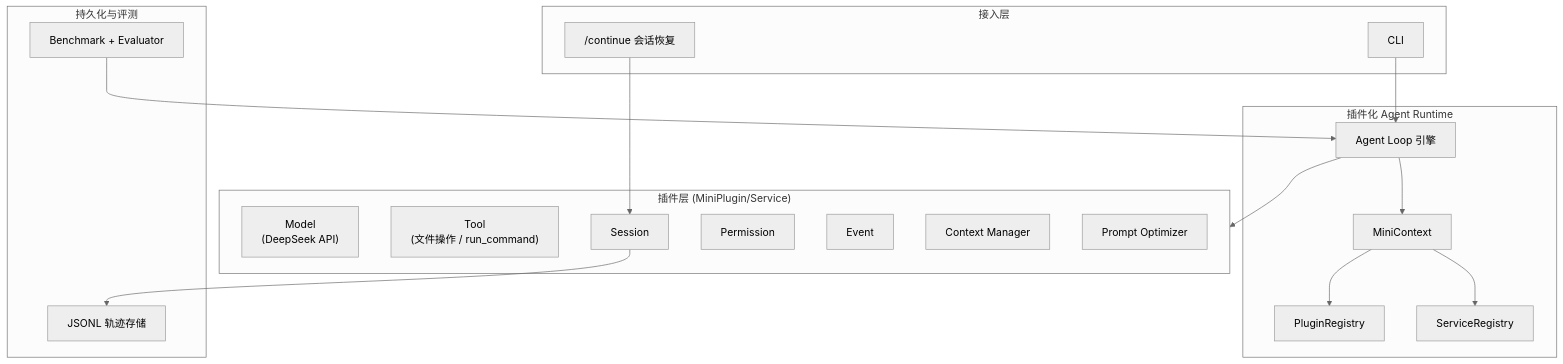
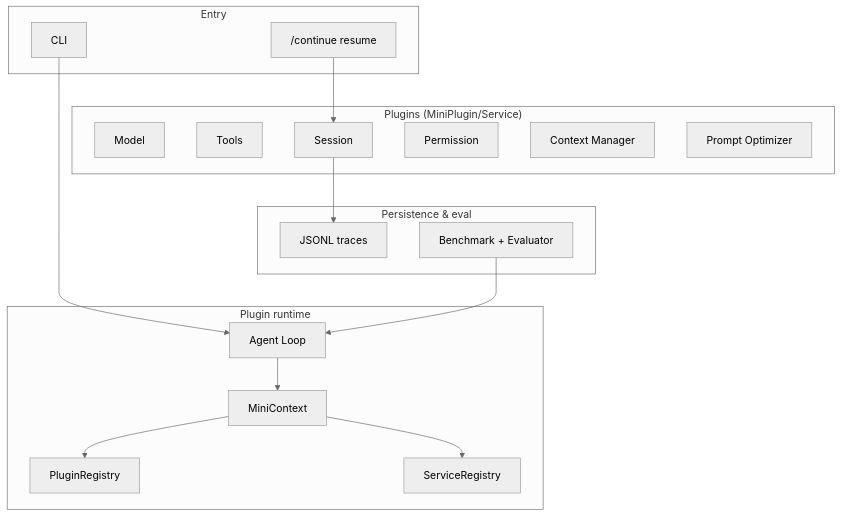
The diagram in README.md (Moneyxia0525/mini-dsh), drawn with Mermaid (neutral theme) before and after one commit. The commit also changed other lines of this file and 1 other file, not shown here.

````diff
--- a/README.md
+++ b/README.md
@@ -58,38 +35,32 @@
 ```mermaid
 flowchart TB
-    subgraph UI["接入层"]
+    subgraph UI["Entry"]
         CLI["CLI"]
-        CONTINUE["/continue 会话恢复"]
+        CONTINUE["/continue resume"]
     end
-
-    subgraph RUNTIME["插件化 Agent Runtime"]
-        LOOP["Agent Loop 引擎"]
+    subgraph RUNTIME["Plugin runtime"]
+        LOOP["Agent Loop"]
         MINICTX["MiniContext"]
         PREG["PluginRegistry"]
         SREG["ServiceRegistry"]
     end
-
-    subgraph PLUGINS["插件层 (MiniPlugin/Service)"]
-        MODEL["Model<br/>(DeepSeek API)"]
-        TOOL["Tool<br/>(文件操作 / run_command)"]
+    subgraph PLUGINS["Plugins (MiniPlugin/Service)"]
+        MODEL["Model"]
+        TOOL["Tools"]
         SESSION["Session"]
         PERM["Permission"]
-        EVENT["Event"]
         CTX["Context Manager"]
         OPT["Prompt Optimizer"]
     end
-
-    subgraph DATA["持久化与评测"]
-        JSONL["JSONL 轨迹存储"]
+    subgraph DATA["Persistence & eval"]
+        JSONL["JSONL traces"]
         BENCH["Benchmark + Evaluator"]
     end
-
     CLI --> LOOP
     CONTINUE --> SESSION
     LOOP --> MINICTX
     MINICTX --> PREG
     MINICTX --> SREG
-    LOOP --> PLUGINS
     SESSION --> JSONL
     BENCH --> LOOP
 ```
````
